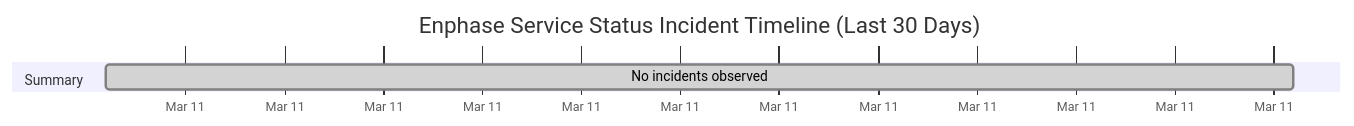
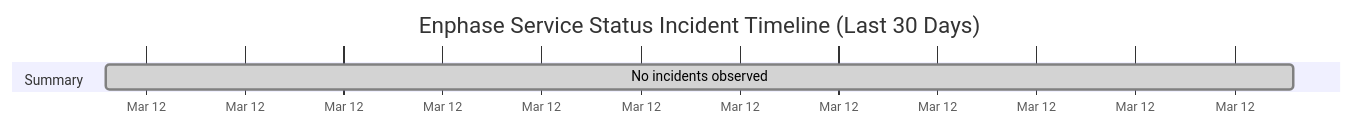
One commit to barneyonline/ha-enphase-ev-charger changed the diagram in wiki/Service-Status-History.md. Above: the diagram before and after it, drawn with Mermaid. The commit also changed other lines of this file and 3 other files, not shown here.

````diff
--- a/wiki/Service-Status-History.md
+++ b/wiki/Service-Status-History.md
@@ -14,8 +14,8 @@
 ```mermaid
 gantt
     title Enphase Service Status Incident Timeline (Last 30 Days)
     dateFormat  YYYY-MM-DDTHH:mm:ss
     axisFormat  %b %d
     section Summary
-    No incidents observed :done, 2026-03-11T23:16:56, 1m
+    No incidents observed :done, 2026-03-12T01:07:38, 1m
 ```
````
